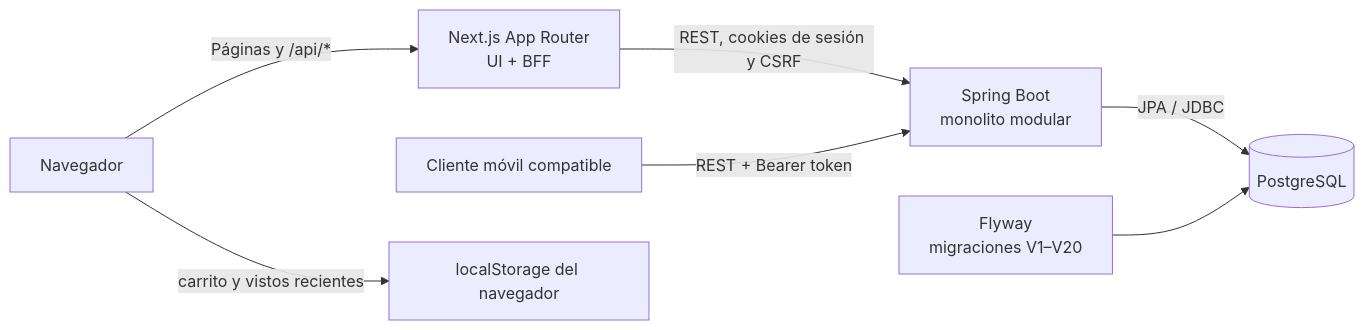
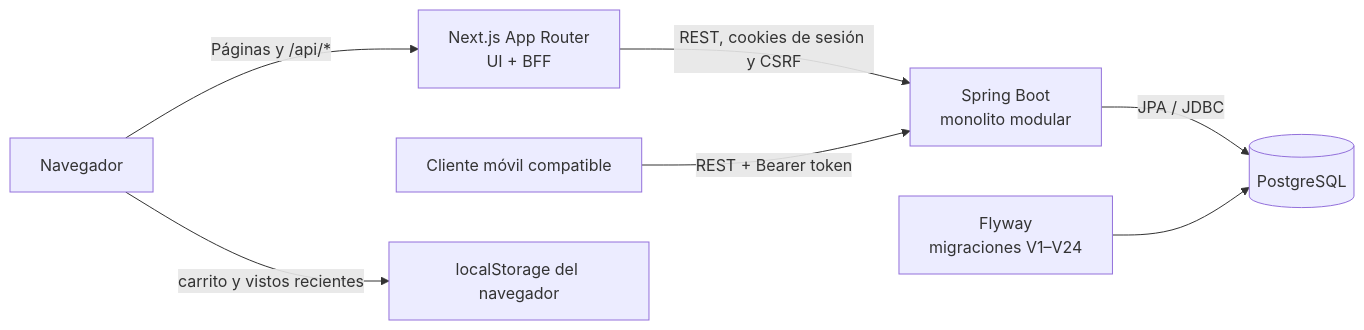
Before and after one commit to EmirGutierrez/nexo-e-commerce: the diagram in docs/contexto-proyecto.md, drawn with Mermaid. The commit also changed other lines of this file and 21 other files, not shown here.

````diff
--- a/docs/contexto-proyecto.md
+++ b/docs/contexto-proyecto.md
@@ -13,9 +13,9 @@
 ```mermaid
 flowchart LR
     Browser["Navegador"] -->|Páginas y /api/*| Next["Next.js App Router<br/>UI + BFF"]
     Next -->|REST, cookies de sesión y CSRF| Spring["Spring Boot<br/>monolito modular"]
     Mobile["Cliente móvil compatible"] -->|REST + Bearer token| Spring
     Spring -->|JPA / JDBC| PG[("PostgreSQL")]
-Flyway["Flyway<br/>migraciones V1–V20"] --> PG
+Flyway["Flyway<br/>migraciones V1–V24"] --> PG
     Browser -->|carrito y vistos recientes| Local["localStorage del navegador"]
 ```
````
